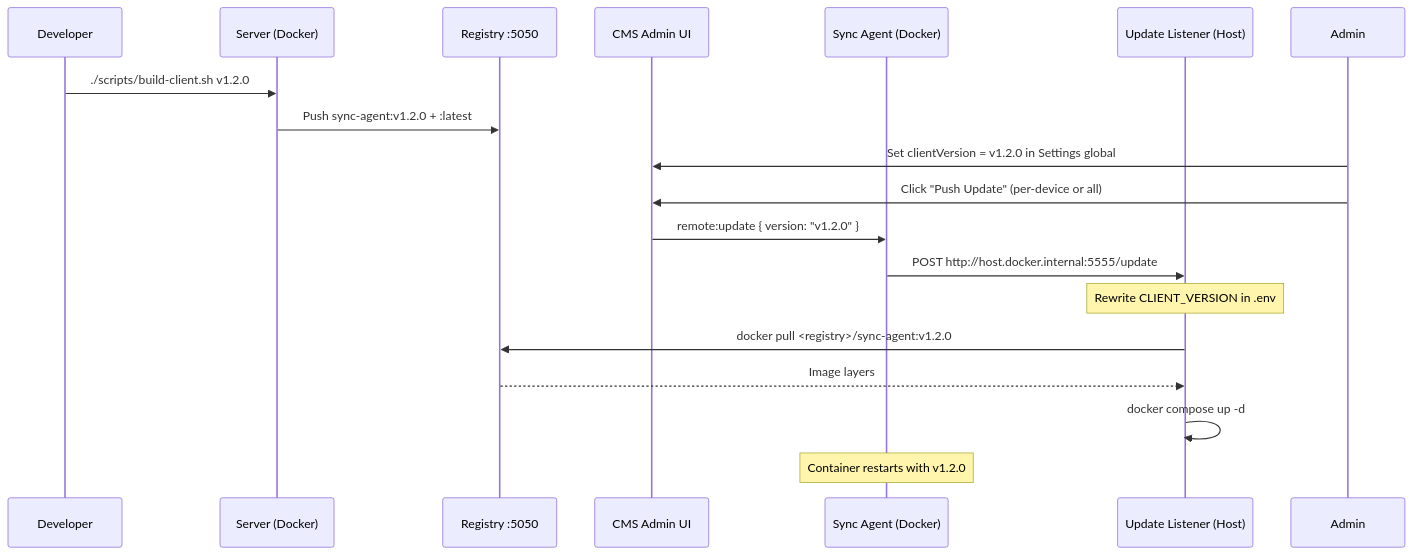
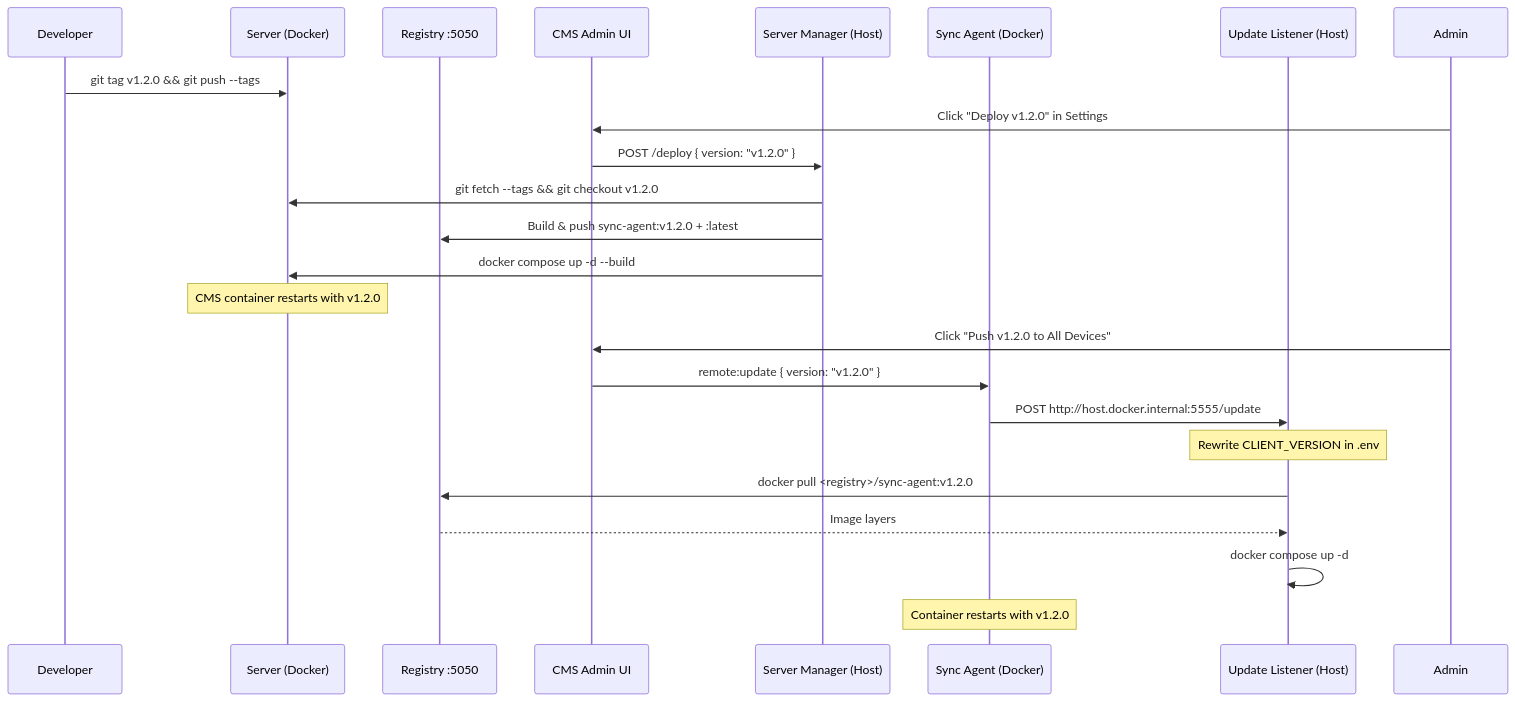
Before and after one commit to wrodie/peydx: the ninth of 9 diagrams in ARCHITECTURE.md, drawn with Mermaid. The commit also changed other lines of this file and 11 other files, not shown here.

````diff
--- a/ARCHITECTURE.md
+++ b/ARCHITECTURE.md
@@ -388,22 +388,27 @@
 ```mermaid
 sequenceDiagram
     participant Dev as Developer
     participant Server as Server (Docker)
     participant Reg as Registry :5050
     participant CMS as CMS Admin UI
+    participant Manager as Server Manager (Host)
     participant Device as Sync Agent (Docker)
     participant Listener as Update Listener (Host)
 
-    Dev->>Server: ./scripts/build-client.sh v1.2.0
-    Server->>Reg: Push sync-agent:v1.2.0 + :latest
+    Dev->>Server: git tag v1.2.0 && git push --tags
+    Admin->>CMS: Click "Deploy v1.2.0" in Settings
+    CMS->>Manager: POST /deploy { version: "v1.2.0" }
+    Manager->>Server: git fetch --tags && git checkout v1.2.0
+    Manager->>Reg: Build & push sync-agent:v1.2.0 + :latest
+    Manager->>Server: docker compose up -d --build
+    Note over Server: CMS container restarts with v1.2.0
 
-    Admin->>CMS: Set clientVersion = v1.2.0 in Settings global
-    Admin->>CMS: Click "Push Update" (per-device or all)
+    Admin->>CMS: Click "Push v1.2.0 to All Devices"
     CMS->>Device: remote:update { version: "v1.2.0" }
     Device->>Listener: POST http://host.docker.internal:5555/update
     Note over Listener: Rewrite CLIENT_VERSION in .env
     Listener->>Reg: docker pull <registry>/sync-agent:v1.2.0
     Reg-->>Listener: Image layers
     Listener->>Listener: docker compose up -d
     Note over Device: Container restarts with v1.2.0
 ```
````
